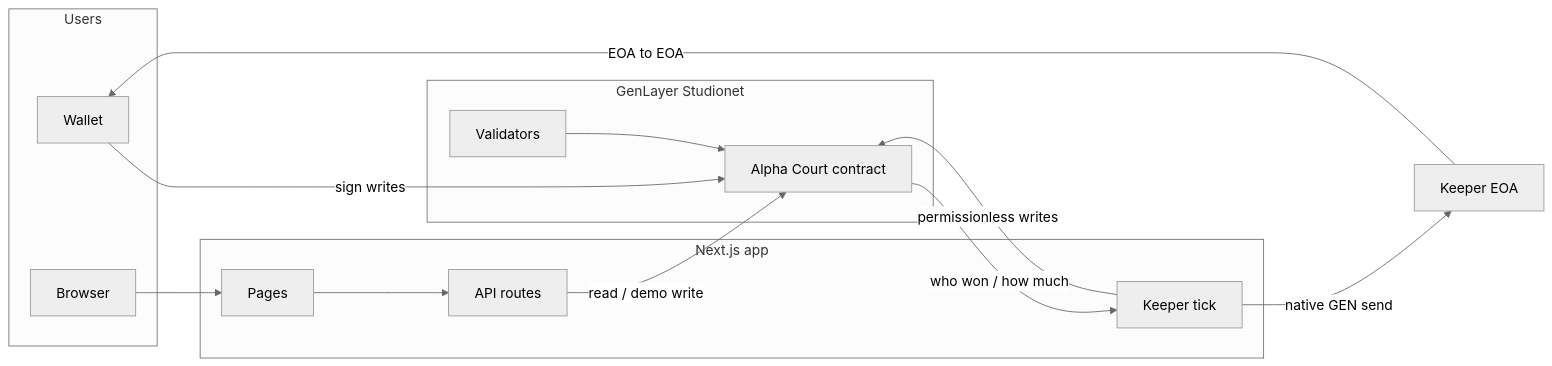
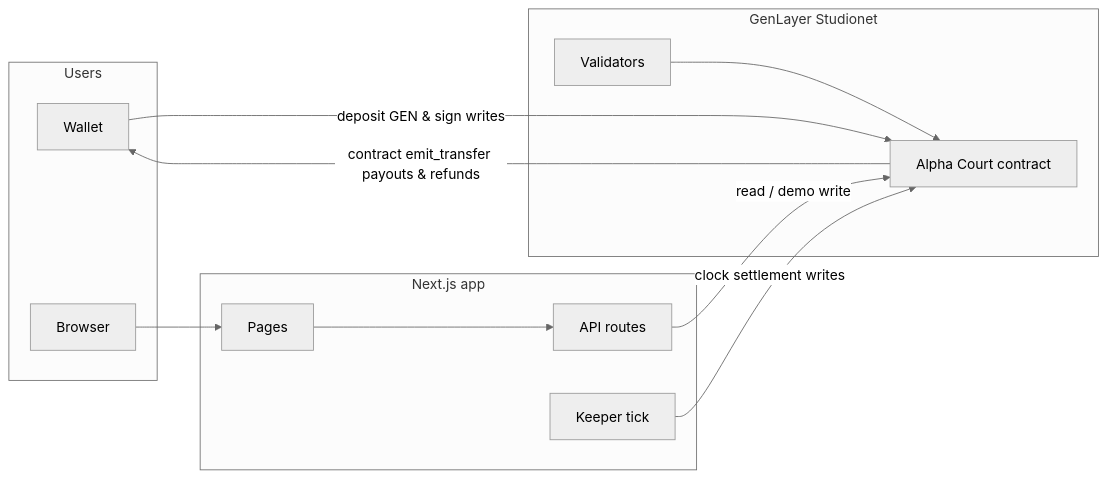
The first of 3 diagrams in README.md (edwarderlick/alpha-court), drawn with Mermaid (neutral theme) before and after one commit. The commit also changed other lines of this file, not shown here.

Commit message:
Update README lifecycle and architecture diagram to reflect contract emit_transfer payouts

````diff
--- a/README.md
+++ b/README.md
@@ -86,27 +86,24 @@
 ```mermaid
 flowchart LR
   subgraph clients [Users]
     W[Wallet]
     B[Browser]
   end
   subgraph next [Next.js app]
     UI[Pages]
     API[API routes]
     K[Keeper tick]
   end
   subgraph gl [GenLayer Studionet]
     C[Alpha Court contract]
     V[Validators]
   end
-  KW[Keeper EOA]
 
   B --> UI
-  W -->|sign writes| C
+  W -->|deposit GEN & sign writes| C
   UI --> API
   API -->|read / demo write| C
-  K -->|permissionless writes| C
+  K -->|clock settlement writes| C
   V --> C
-  C -->|who won / how much| K
-  K -->|native GEN send| KW
-  KW -->|EOA to EOA| W
+  C -->|contract emit_transfer payouts & refunds| W
 ```
````
